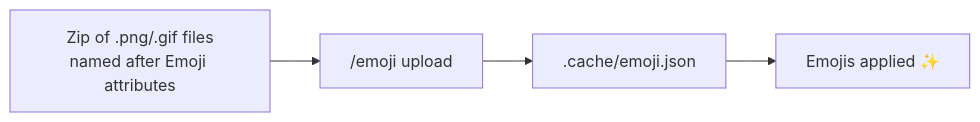
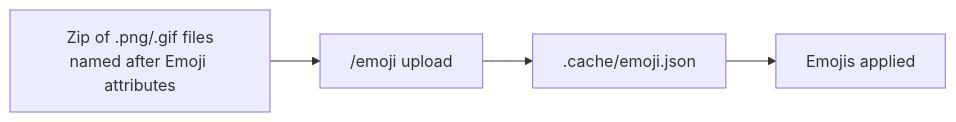
Before and after one commit to swayam25/Square-Bot: the second of 2 diagrams in README.md, drawn with Mermaid. The commit also changed other lines of this file and 1 other file, not shown here.

````diff
--- a/README.md
+++ b/README.md
@@ -155,6 +155,6 @@
 ```mermaid
 flowchart LR
     A["Zip of .png/.gif files<br/>named after Emoji attributes"] --> B["/emoji upload"]
     B --> C[".cache/emoji.json"]
-    C --> D["Emojis applied ✨"]
+    C --> D["Emojis applied"]
 ```
````
